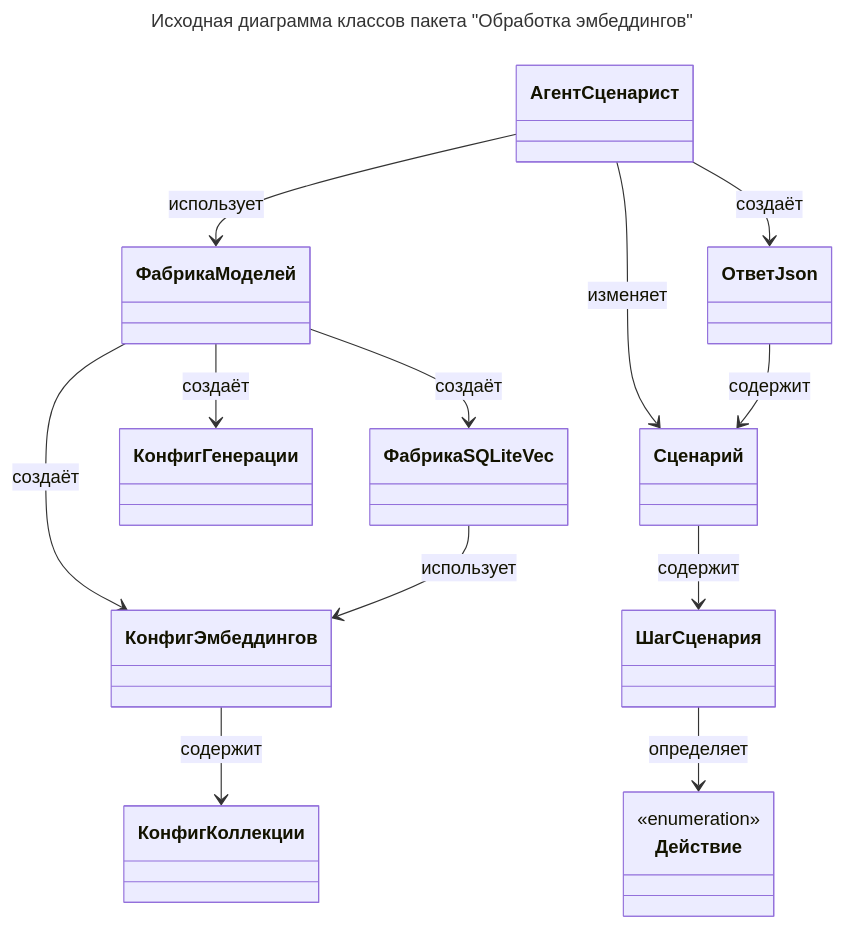
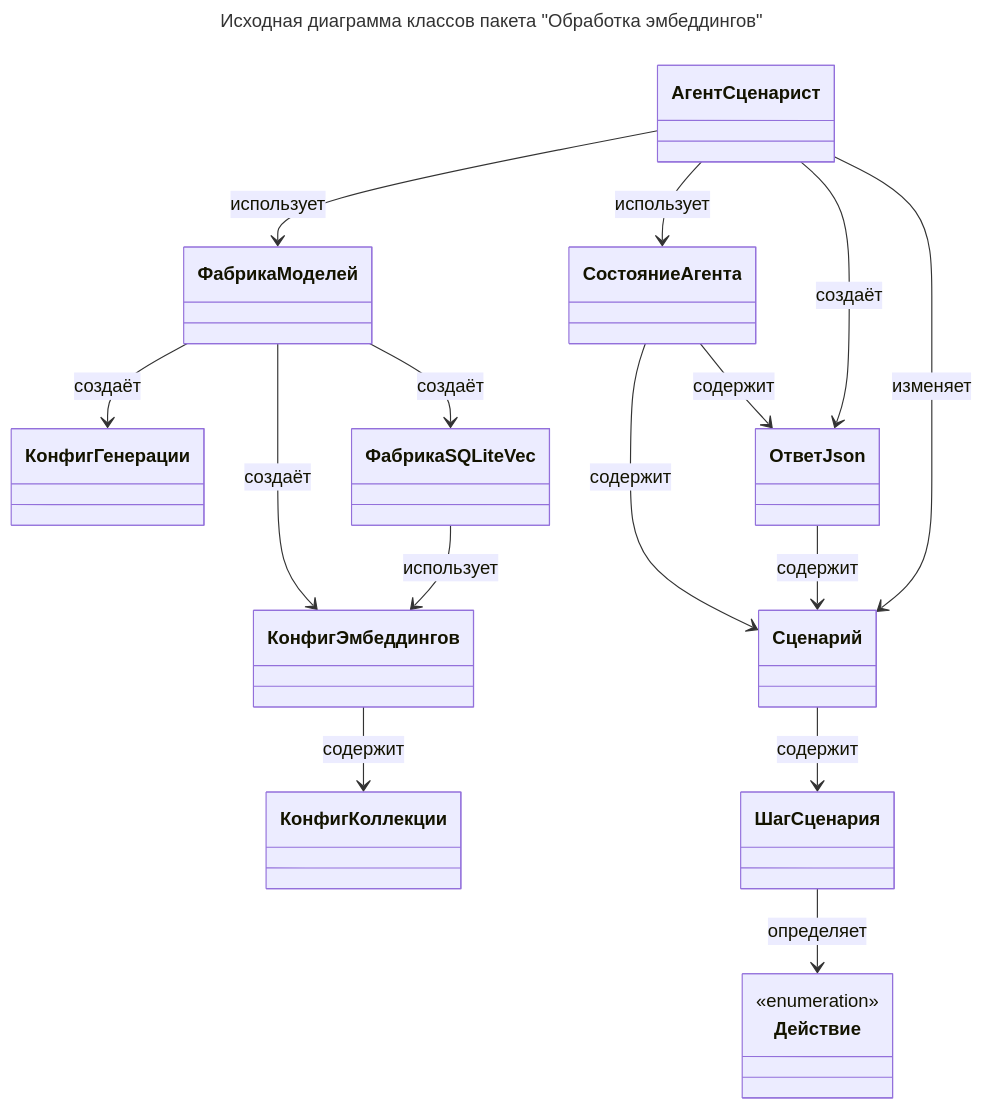
One commit to CHSU-scenarAIst/diagrammy changed the diagram in Пакет Обработка эмбеддингов/1. Исходная диаграмма классов.md. Above: the diagram before and after it, drawn with Mermaid. The commit also changed other lines of this file and 13 other files, not shown here.

````diff
--- a/Пакет Обработка эмбеддингов/1. Исходная диаграмма классов.md
+++ b/Пакет Обработка эмбеддингов/1. Исходная диаграмма классов.md
@@ -14,21 +10,24 @@
 ```mermaid
 ---
 title: Исходная диаграмма классов пакета "Обработка эмбеддингов"
 ---
 classDiagram
     АгентСценарист --> ФабрикаМоделей : использует
+    АгентСценарист --> СостояниеАгента : использует
     АгентСценарист --> ОтветJson : создаёт
     АгентСценарист --> Сценарий : изменяет
+    СостояниеАгента --> Сценарий : содержит
+    СостояниеАгента --> ОтветJson : содержит
     ФабрикаМоделей --> КонфигГенерации : создаёт
     ФабрикаМоделей --> КонфигЭмбеддингов : создаёт
     ФабрикаМоделей --> ФабрикаSQLiteVec : создаёт
     КонфигЭмбеддингов --> КонфигКоллекции : содержит
     ФабрикаSQLiteVec --> КонфигЭмбеддингов : использует
     ОтветJson --> Сценарий : содержит
     Сценарий --> ШагСценария : содержит
     ШагСценария --> Действие : определяет
 
     class Действие {
         <<enumeration>>
     }
 ```
````
